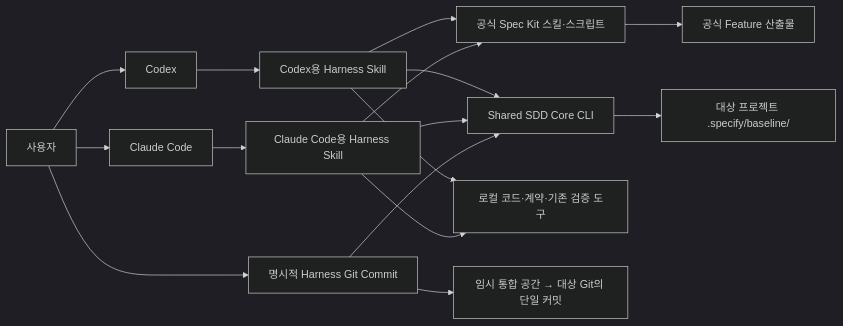
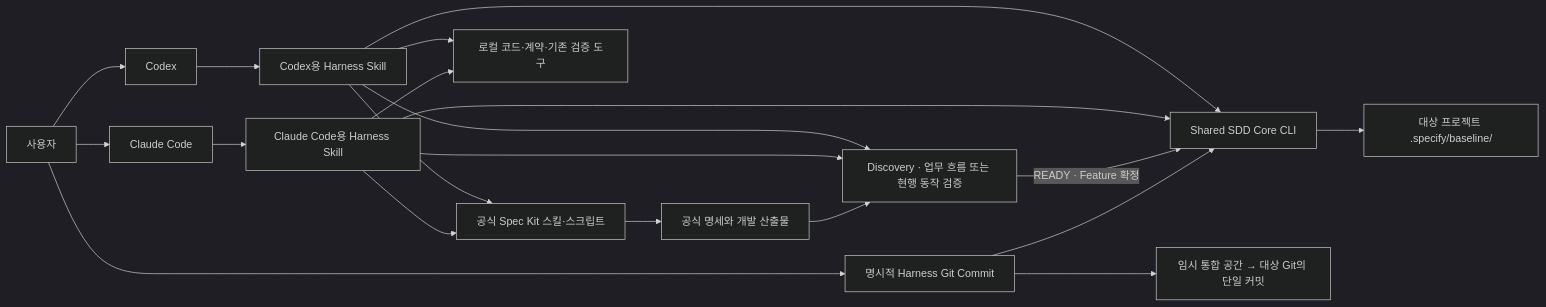
The first of 5 diagrams in docs/design/SpecThread-통합-상세-설계서.md (jungsangU/spec-thread), drawn with Mermaid (dark theme) before and after one commit. The commit also changed other lines of this file and 22 other files, not shown here.

```diff
--- a/docs/design/SpecThread-통합-상세-설계서.md
+++ b/docs/design/SpecThread-통합-상세-설계서.md
@@ -20,18 +20,22 @@
 ~~~mermaid
 flowchart LR
   U["사용자"] --> X["Codex"]
   U --> Y["Claude Code"]
   X --> A["Codex용 Harness Skill"]
   Y --> B["Claude Code용 Harness Skill"]
   A --> K["공식 Spec Kit 스킬·스크립트"]
   B --> K
   A --> C["Shared SDD Core CLI"]
   B --> C
-  K --> S["공식 Feature 산출물"]
+  K --> S["공식 명세와 개발 산출물"]
+  A --> D["Discovery · 업무 흐름 또는 현행 동작 검증"]
+  B --> D
+  S --> D
+  D -->|READY · Feature 확정| C
   C --> L["대상 프로젝트 .specify/baseline/"]
   A --> P["로컬 코드·계약·기존 검증 도구"]
   B --> P
   U --> G["명시적 Harness Git Commit"]
   G --> C
   G --> T["임시 통합 공간 → 대상 Git의 단일 커밋"]
 ~~~
```
